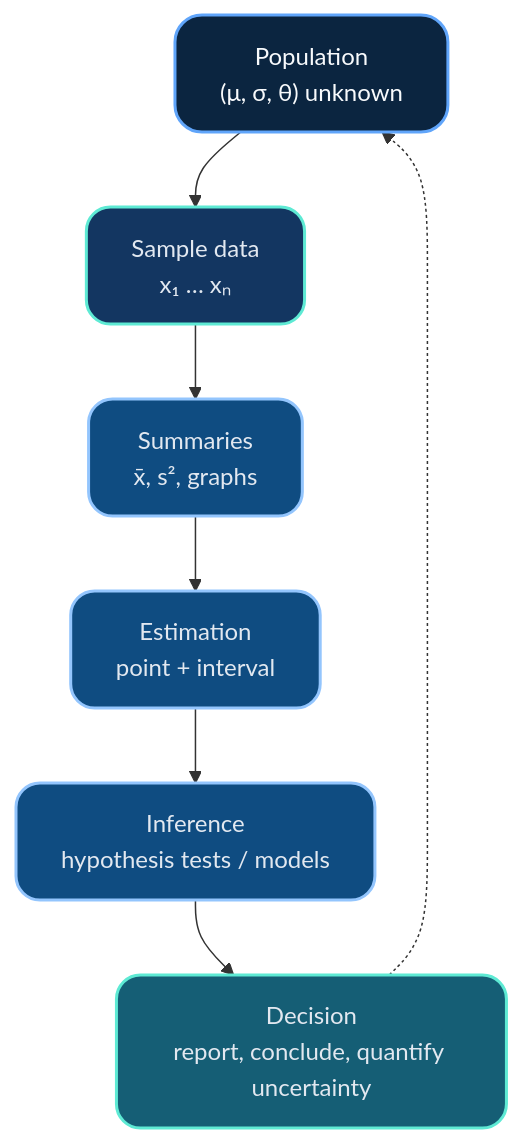
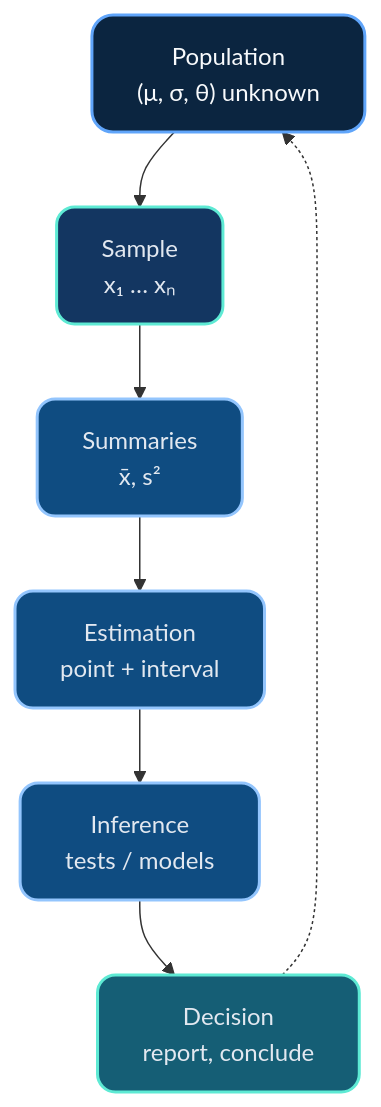
Before and after one commit to MindaugasSarpis/CERN_lessons_on_data_analysis: the fifth of 6 diagrams in lectures/content/slides/L9_Probability_and_Statistics.md, drawn with Mermaid. The commit also changed other lines of this file, not shown here.

````diff
--- a/lectures/content/slides/L9_Probability_and_Statistics.md
+++ b/lectures/content/slides/L9_Probability_and_Statistics.md
@@ -1923,23 +1267,23 @@
 ```mermaid
 %%{init: {'theme': 'dark', 'themeVariables': {
   'primaryColor': '#0f1f3d',
   'primaryBorderColor': '#60a5fa',
   'primaryTextColor': '#e2e8f0',
   'secondaryColor': '#102b4c',
   'tertiaryColor': '#143860',
   'lineColor': '#5eead4',
   'fontFamily': 'Inter, Segoe UI, sans-serif'
-}, 'flowchart': {'curve': 'basis', 'htmlLabels': true, 'nodeSpacing': 55, 'rankSpacing': 60}}%%
+}, 'flowchart': {'curve': 'basis', 'htmlLabels': true, 'nodeSpacing': 35, 'rankSpacing': 40}}%%
 flowchart TB
-    Population["Population\n(μ, σ, θ) unknown"]:::hub --> Sample["Sample data\nx₁ … xₙ"]:::input
-    Sample --> Stats["Summaries\nx̄, s², graphs"]:::process
-    Stats --> Estimation["Estimation\npoint + interval"]:::process
-    Estimation --> Inference["Inference\nhypothesis tests / models"]:::process
-    Inference --> Decision["Decision\nreport, conclude, quantify uncertainty"]:::output
+    Population["Population<br/>(μ, σ, θ) unknown"]:::hub --> Sample["Sample<br/>x₁ … xₙ"]:::input
+    Sample --> Stats["Summaries<br/>x̄, s²"]:::process
+    Stats --> Estimation["Estimation<br/>point + interval"]:::process
+    Estimation --> Inference["Inference<br/>tests / models"]:::process
+    Inference --> Decision["Decision<br/>report, conclude"]:::output
     Decision -.-> Population
 
-    classDef hub fill:#0b2540,stroke:#60a5fa,stroke-width:2px,color:#f8fafc,rx:18px,ry:18px;
-    classDef input fill:#133661,stroke:#5eead4,stroke-width:2px,color:#e2e8f0,rx:16px,ry:16px;
-    classDef process fill:#0f4c81,stroke:#93c5fd,stroke-width:2px,color:#e2e8f0,rx:16px,ry:16px;
-    classDef output fill:#155e75,stroke:#5eead4,stroke-width:2px,color:#e2e8f0,rx:16px,ry:16px;
+    classDef hub fill:#0b2540,stroke:#60a5fa,stroke-width:2px,color:#f8fafc,rx:14px,ry:14px;
+    classDef input fill:#133661,stroke:#5eead4,stroke-width:2px,color:#e2e8f0,rx:12px,ry:12px;
+    classDef process fill:#0f4c81,stroke:#93c5fd,stroke-width:2px,color:#e2e8f0,rx:12px,ry:12px;
+    classDef output fill:#155e75,stroke:#5eead4,stroke-width:2px,color:#e2e8f0,rx:12px,ry:12px;
 ```
````
